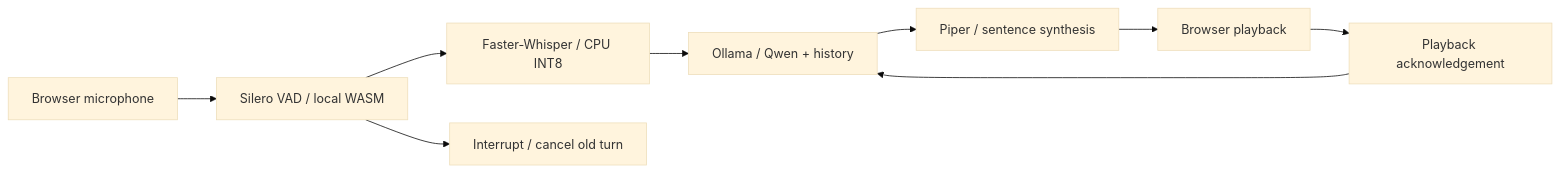
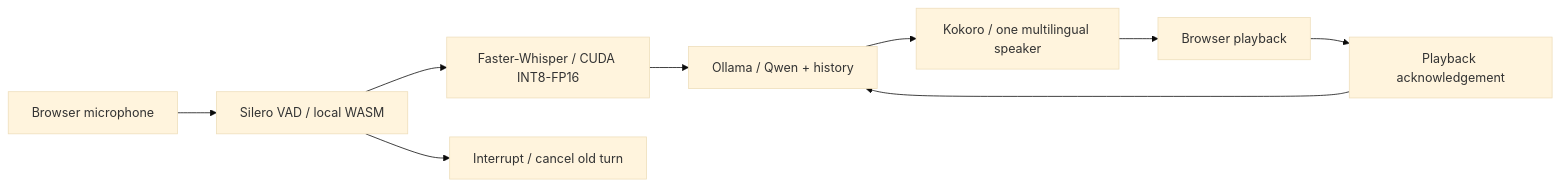
Before and after one commit to ss-sevesh/localvoice: the diagram in README.md, drawn with Mermaid (base theme). The commit also changed other lines of this file and 43 other files, not shown here.

Commit message:
feat: add desert landing page and local account sign-in flow

````diff
--- a/README.md
+++ b/README.md
@@ -58,11 +102,11 @@
 ```mermaid
 flowchart LR
   Mic[Browser microphone] --> VAD[Silero VAD / local WASM]
-  VAD --> STT[Faster-Whisper / CPU INT8]
+  VAD --> STT[Faster-Whisper / CUDA INT8-FP16]
   STT --> LLM[Ollama / Qwen + history]
-  LLM --> TTS[Piper / sentence synthesis]
+  LLM --> TTS[Kokoro / one multilingual speaker]
   TTS --> Audio[Browser playback]
   VAD --> Cancel[Interrupt / cancel old turn]
   Audio --> Memory[Playback acknowledgement]
   Memory --> LLM
 ```
````
